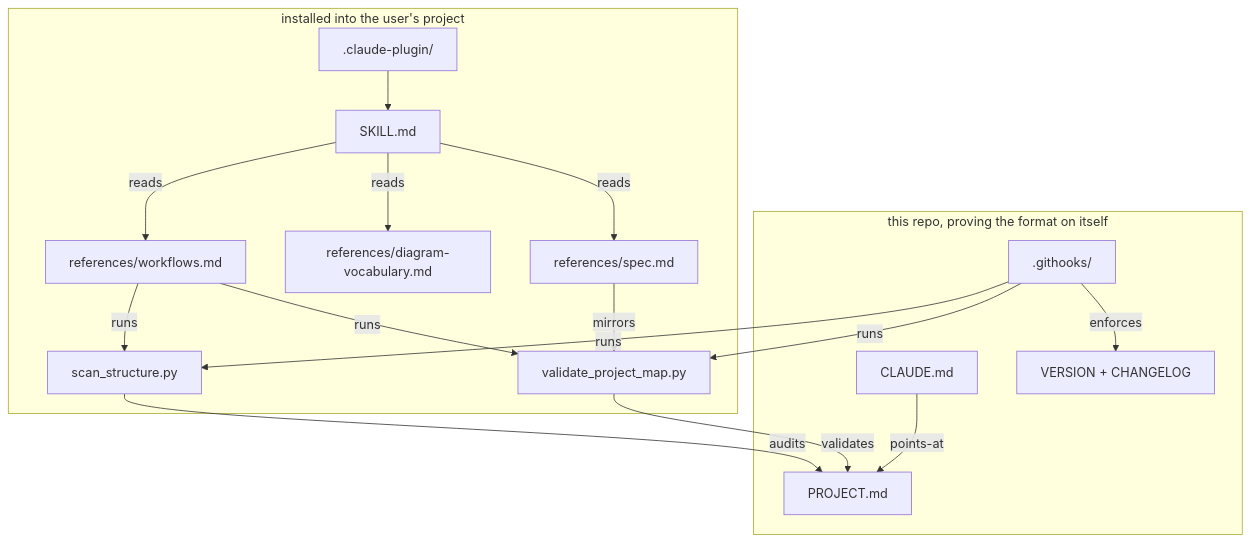
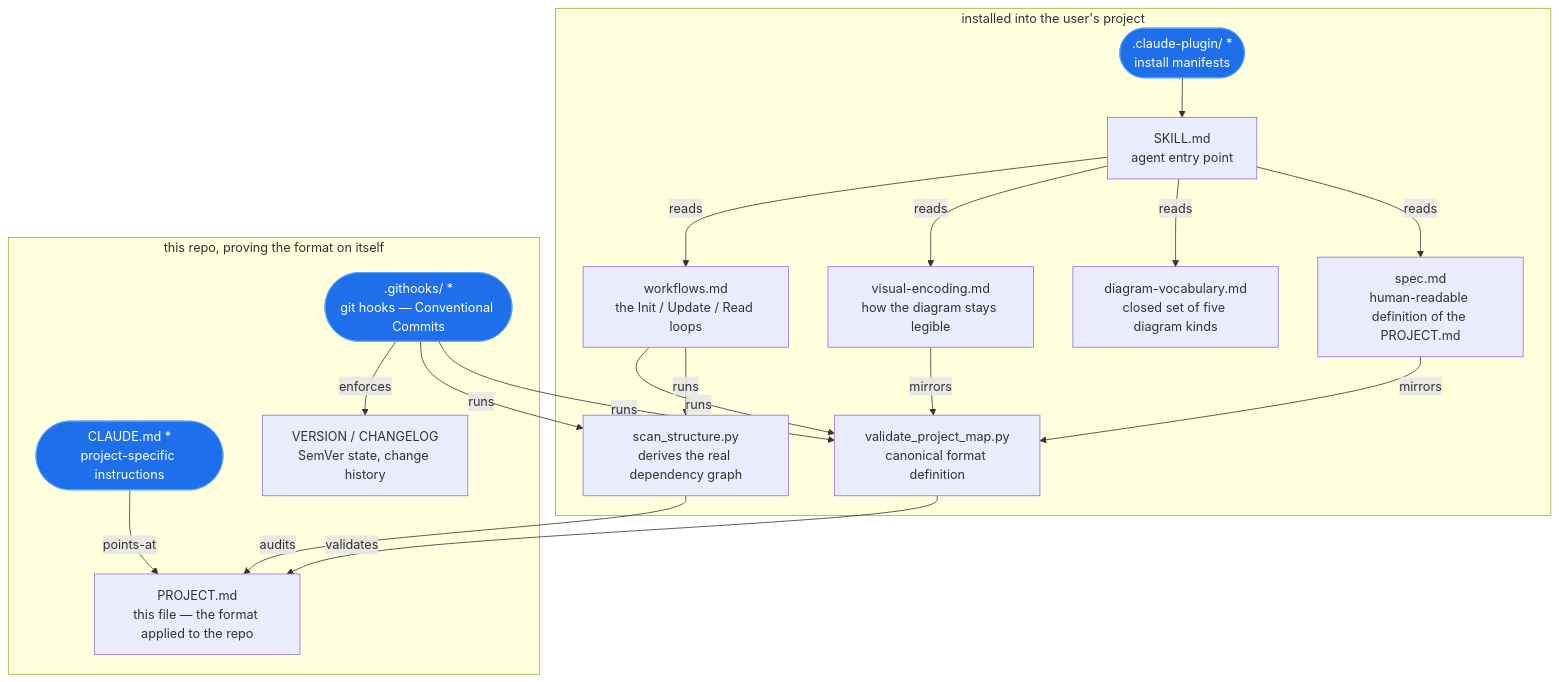
The diagram in PROJECT.md (gulf1324/visualization-is-all-you-need), drawn with Mermaid before and after one commit. The commit also changed other lines of this file and 9 other files, not shown here.

Commit message:
feat: encode role, entry, drill-down and code presence in the diagram

````diff
--- a/PROJECT.md
+++ b/PROJECT.md
@@ -12,31 +12,36 @@
 ```mermaid
 flowchart TD
   subgraph shipped["installed into the user's project"]
-    skill["SKILL.md"]
-    spec["references/spec.md"]
-    vocabulary["references/diagram-vocabulary.md"]
-    workflows["references/workflows.md"]
-    scanner["scan_structure.py"]
-    validator["validate_project_map.py"]
-    plugin[".claude-plugin/"]
+    skill["SKILL.md<br/>agent entry point"]
+    spec["spec.md<br/>human-readable definition of the PROJECT.md"]
+    encoding["visual-encoding.md<br/>how the diagram stays legible"]
+    vocabulary["diagram-vocabulary.md<br/>closed set of five diagram kinds"]
+    workflows["workflows.md<br/>the Init / Update / Read loops"]
+    scanner["scan_structure.py<br/>derives the real dependency graph"]
+    validator["validate_project_map.py<br/>canonical format definition"]
+    plugin([".claude-plugin/ *<br/>install manifests"])
   end
   subgraph dogfood["this repo, proving the format on itself"]
-    self_map["PROJECT.md"]
-    claude_md["CLAUDE.md"]
-    commit_gate[".githooks/"]
-    release["VERSION + CHANGELOG"]
+    self_map["PROJECT.md<br/>this file — the format applied to the repo"]
+    claude_md(["CLAUDE.md *<br/>project-specific instructions"])
+    commit_gate([".githooks/ *<br/>git hooks — Conventional Commits"])
+    release["VERSION / CHANGELOG<br/>SemVer state, change history"]
   end
   plugin --> skill
   skill -->|reads| spec
   skill -->|reads| vocabulary
+  skill -->|reads| encoding
+  encoding -->|mirrors| validator
   skill -->|reads| workflows
   workflows -->|runs| scanner
   workflows -->|runs| validator
   spec -->|mirrors| validator
   scanner -->|audits| self_map
   validator -->|validates| self_map
   commit_gate -->|runs| validator
   commit_gate -->|runs| scanner
   commit_gate -->|enforces| release
   claude_md -->|points-at| self_map
+  classDef entry fill:#1f6feb,stroke:#58a6ff,color:#ffffff
+  class plugin,claude_md,commit_gate entry
 ```
````
